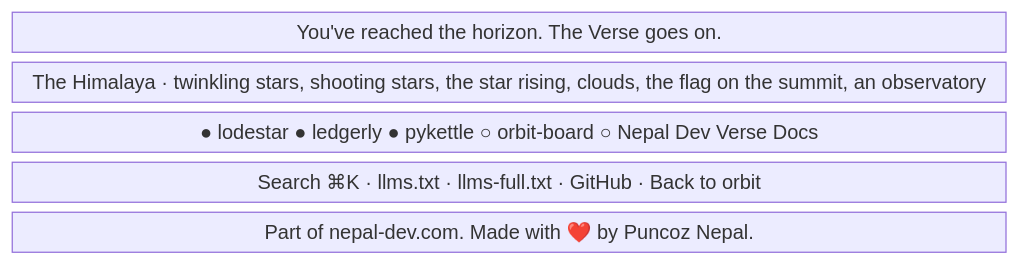
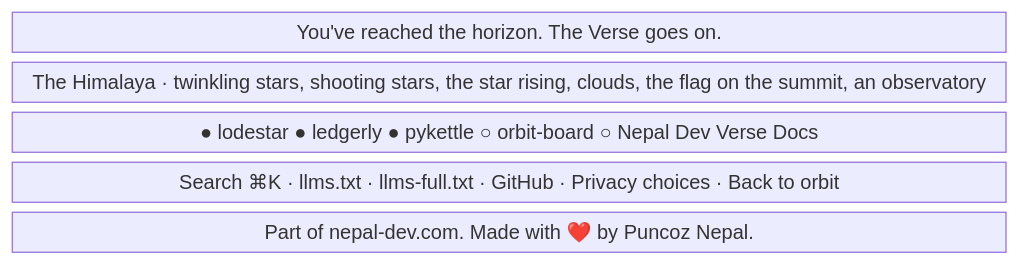
The sixth of 7 diagrams in content/docs/maintain/app-flow/solar-system.mdx (nepal-dev-com/docs.nepal-dev.com), drawn with Mermaid before and after one commit. The commit also changed other lines of this file and 57 other files, not shown here.

````diff
--- a/content/docs/maintain/app-flow/solar-system.mdx
+++ b/content/docs/maintain/app-flow/solar-system.mdx
@@ -189,9 +189,9 @@
 ```mermaid
 block-beta
   columns 4
   close["You've reached the horizon. The Verse goes on."]:4
   scene["The Himalaya · twinkling stars, shooting stars, the star rising, clouds, the flag on the summit, an observatory"]:4
   planets["● lodestar  ● ledgerly  ● pykettle  ○ orbit-board  ○ Nepal Dev Verse Docs"]:4
-  links["Search ⌘K · llms.txt · llms-full.txt · GitHub · Back to orbit"]:4
+  links["Search ⌘K · llms.txt · llms-full.txt · GitHub · Privacy choices · Back to orbit"]:4
   credit["Part of nepal-dev.com. Made with ❤️ by Puncoz Nepal."]:4
 ```
````
